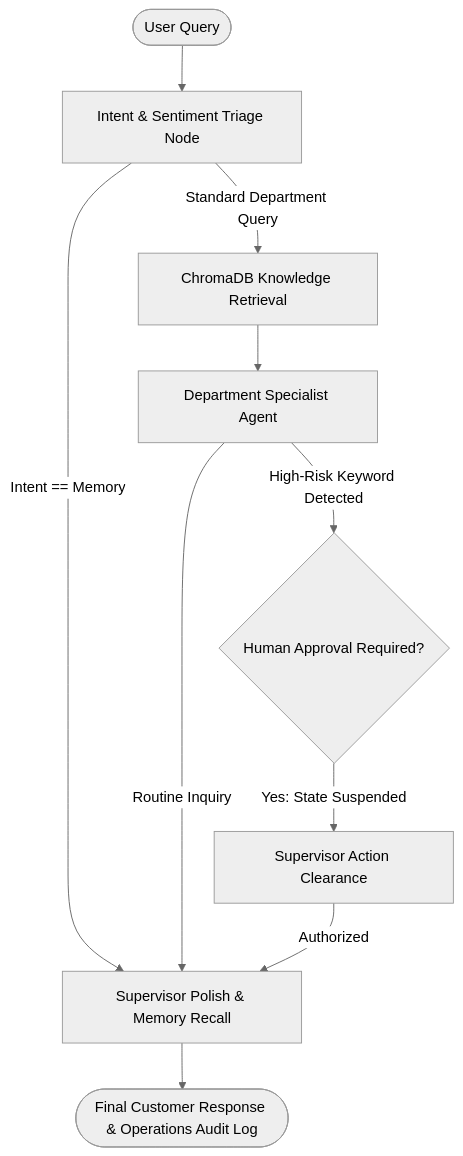
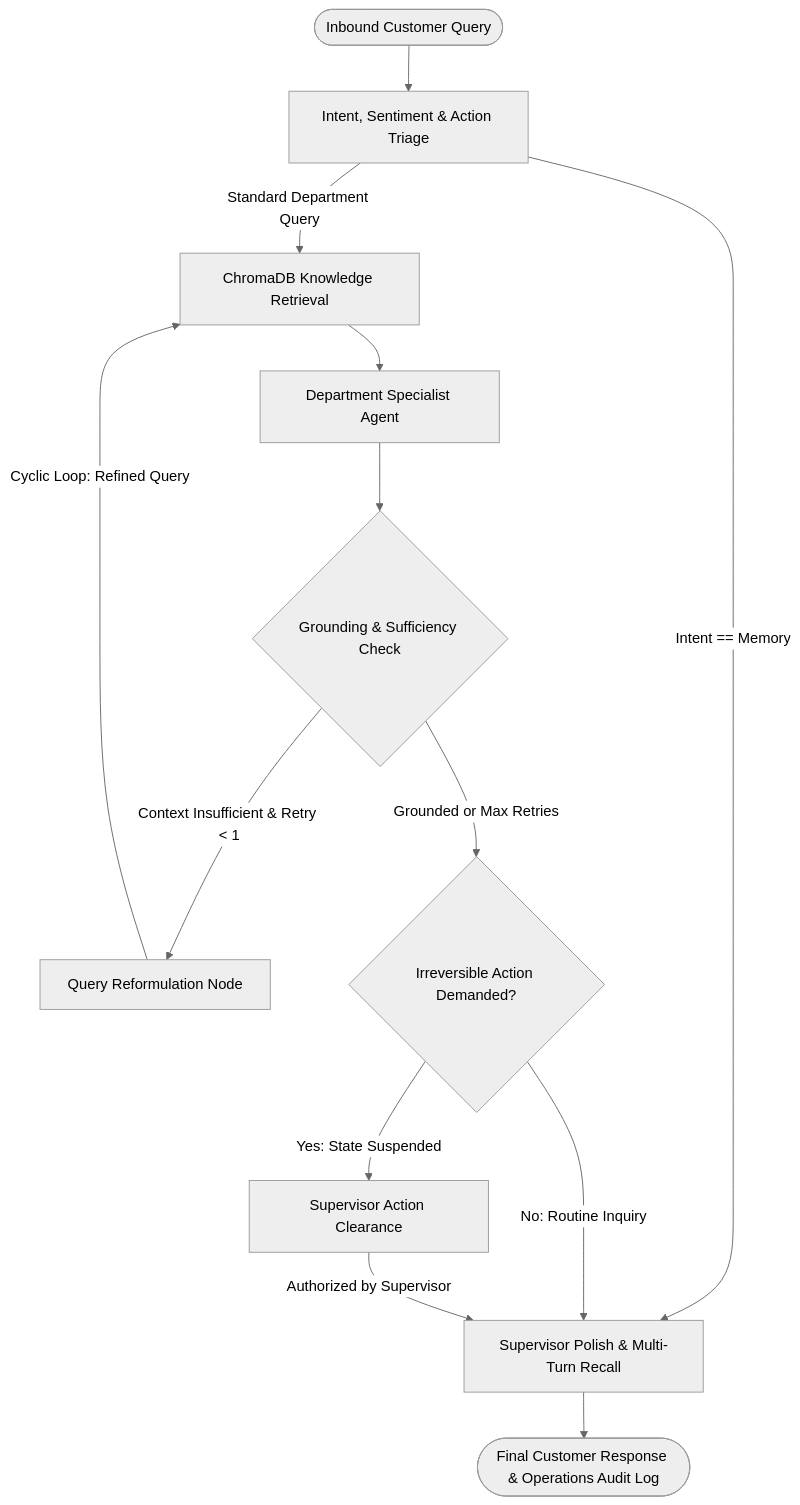
Before and after one commit to samyashwanth7/AI-Powered-Customer-Support-Automation-System: the diagram in README.md, drawn with Mermaid (neutral theme). The commit also changed other lines of this file and 9 other files, not shown here.

Commit message:
feat: add Corrective RAG cyclical routing, smart HITL gating, 50-query eval harness, and MIT license

````diff
--- a/README.md
+++ b/README.md
@@ -16,17 +18,21 @@
 ```mermaid
 flowchart TD
-    START([User Query]) --> CLASSIFIER[Intent & Sentiment Triage Node]
+    START([Inbound Customer Query]) --> CLASSIFIER[Intent, Sentiment & Action Triage]
     
-    CLASSIFIER -->|Intent == Memory| SUPERVISOR[Supervisor Polish & Memory Recall]
+    CLASSIFIER -->|Intent == Memory| SUPERVISOR[Supervisor Polish & Multi-Turn Recall]
     CLASSIFIER -->|Standard Department Query| RAG[ChromaDB Knowledge Retrieval]
     
     RAG --> DEPT[Department Specialist Agent]
     
-    DEPT -->|High-Risk Keyword Detected| HITL{Human Approval Required?}
-    DEPT -->|Routine Inquiry| SUPERVISOR
+    DEPT --> EVAL_GROUND{Grounding & Sufficiency Check}
+    EVAL_GROUND -->|Context Insufficient & Retry < 1| REWRITE[Query Reformulation Node]
+    REWRITE -->|Cyclic Loop: Refined Query| RAG
     
-    HITL -->|Yes: State Suspended| INTERRUPT[Supervisor Action Clearance]
-    INTERRUPT -->|Authorized| SUPERVISOR
+    EVAL_GROUND -->|Grounded or Max Retries| CHECK_HITL{Irreversible Action Demanded?}
     
+    CHECK_HITL -->|Yes: State Suspended| HITL_INTERRUPT[Supervisor Action Clearance]
+    CHECK_HITL -->|No: Routine Inquiry| SUPERVISOR
+    
+    HITL_INTERRUPT -->|Authorized by Supervisor| SUPERVISOR
     SUPERVISOR --> END([Final Customer Response & Operations Audit Log])
 ```
````
